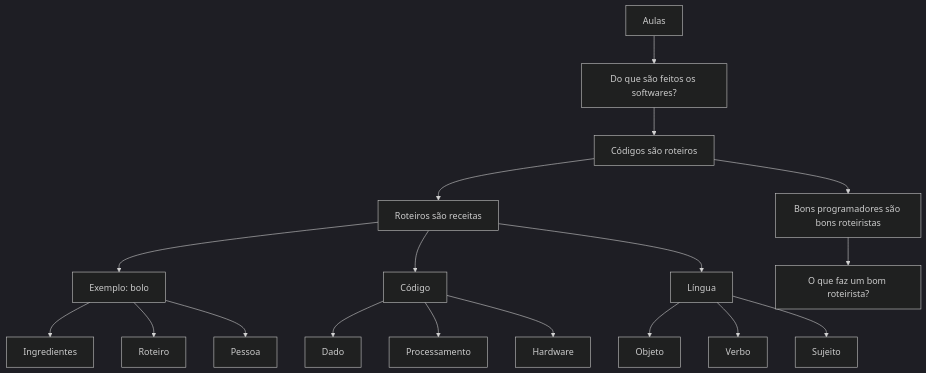
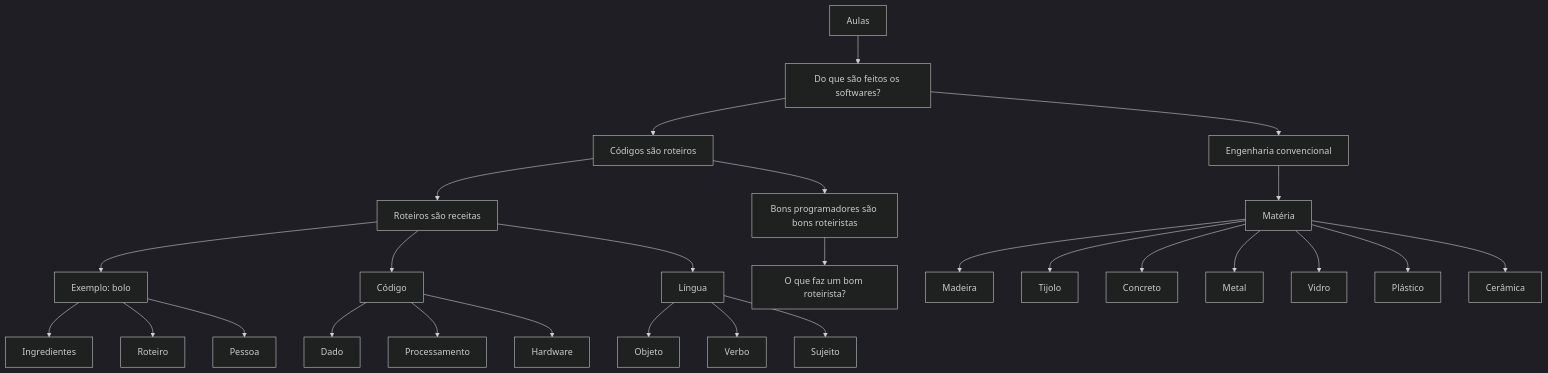
Before and after one commit to laerciogermano/workstation: the diagram in aulas/README.md, drawn with Mermaid (dark theme). The commit also changed other lines of this file, not shown here.

Commit message:
Adiciona Engenharia convencional (matéria) como irmã de Códigos são roteiros, com exemplos de casa.

````diff
--- a/aulas/README.md
+++ b/aulas/README.md
@@ -3,38 +3,56 @@
 ```mermaid
 flowchart TD
   A[Aulas]
   B[Do que são feitos os softwares?]
   C[Códigos são roteiros]
   D[Roteiros são receitas]
   DX[Exemplo: bolo]
   D1[Ingredientes]
   D2[Roteiro]
   D3[Pessoa]
   CG[Código]
   CG1[Dado]
   CG2[Processamento]
   CG3[Hardware]
   LG[Língua]
   LG1[Objeto]
   LG2[Verbo]
   LG3[Sujeito]
   E[Bons programadores são bons roteiristas]
   F[O que faz um bom roteirista?]
+  EC[Engenharia convencional]
+  M[Matéria]
+  M1[Madeira]
+  M2[Tijolo]
+  M3[Concreto]
+  M4[Metal]
+  M5[Vidro]
+  M6[Plástico]
+  M7[Cerâmica]
   A --> B
   B --> C
+  B --> EC
   C --> D
   C --> E
   E --> F
   D --> DX
   D --> CG
   D --> LG
   DX --> D1
   DX --> D2
   DX --> D3
   CG --> CG1
   CG --> CG2
   CG --> CG3
   LG --> LG1
   LG --> LG2
   LG --> LG3
+  EC --> M
+  M --> M1
+  M --> M2
+  M --> M3
+  M --> M4
+  M --> M5
+  M --> M6
+  M --> M7
 ```
````
